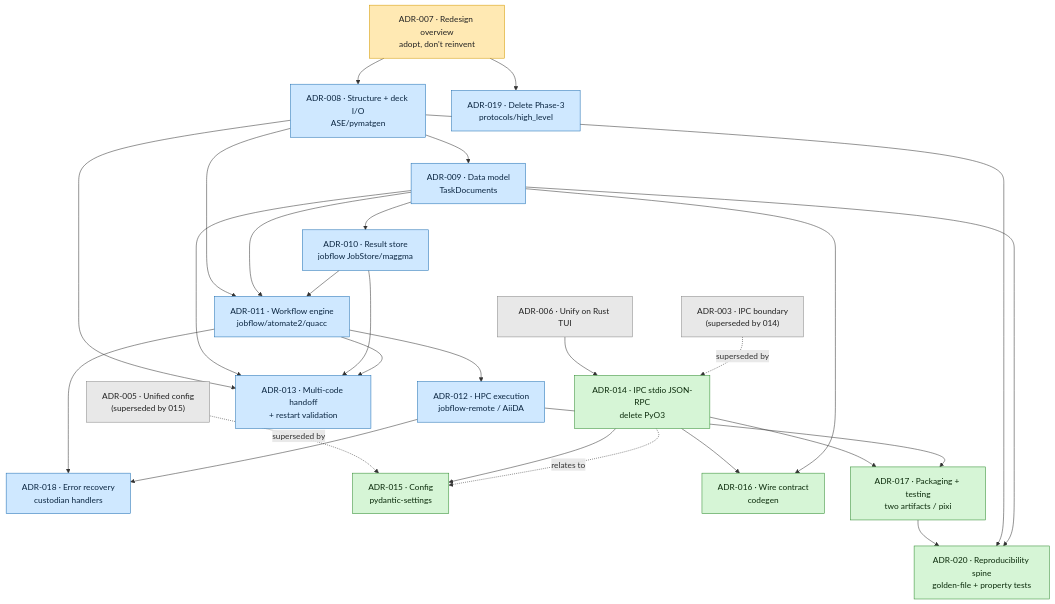
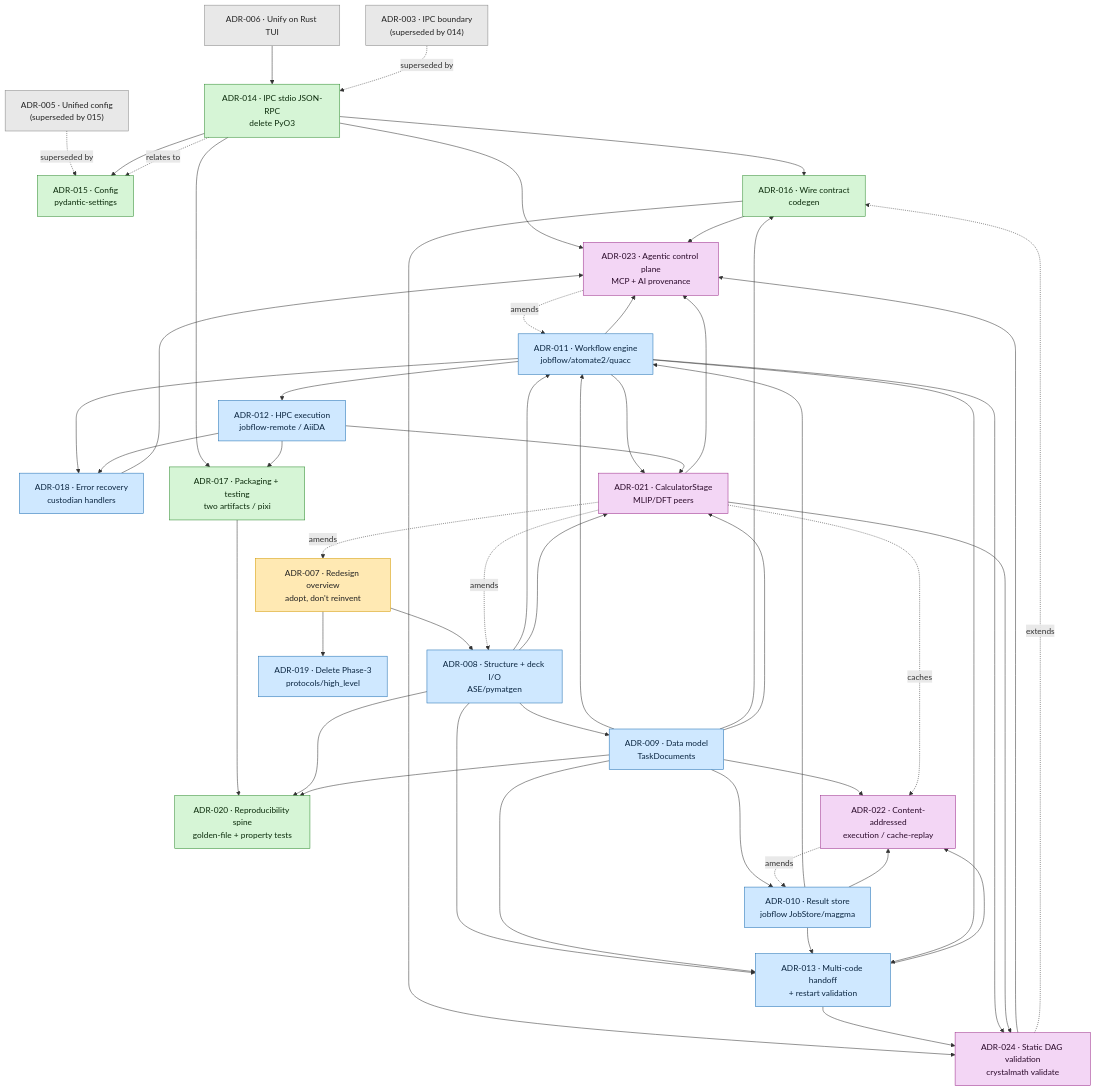
The diagram in docs/architecture/REDESIGN.md (TheFermiSea/CrystalMath), drawn with Mermaid before and after one commit. The commit also changed other lines of this file and 12 other files, not shown here.

````diff
--- a/docs/architecture/REDESIGN.md
+++ b/docs/architecture/REDESIGN.md
@@ -122,6 +140,11 @@
     A016["ADR-016 · Wire contract<br/>codegen"]:::plat
     A017["ADR-017 · Packaging + testing<br/>two artifacts / pixi"]:::plat
     A020["ADR-020 · Reproducibility spine<br/>golden-file + property tests"]:::plat
+
+    A021["ADR-021 · CalculatorStage<br/>MLIP/DFT peers"]:::sota
+    A022["ADR-022 · Content-addressed<br/>execution / cache-replay"]:::sota
+    A023["ADR-023 · Agentic control plane<br/>MCP + AI provenance"]:::sota
+    A024["ADR-024 · Static DAG validation<br/>crystalmath validate"]:::sota
 
     A007 --> A008
     A008 --> A009
@@ -151,8 +174,34 @@
     A009 --> A020
     A014 -. relates to .-> A015
 
+    %% SOTA / autonomous-workflow layer (021–024)
+    A008 --> A021
+    A009 --> A021
+    A011 --> A021
+    A012 --> A021
+    A009 --> A022
+    A010 --> A022
+    A013 --> A022
+    A021 -. caches .-> A022
+    A011 --> A023
+    A014 --> A023
+    A016 --> A023
+    A018 --> A023
+    A021 --> A023
+    A024 --> A023
+    A016 --> A024
+    A013 --> A024
+    A011 --> A024
+    A021 --> A024
+    A021 -. amends .-> A007
+    A021 -. amends .-> A008
+    A022 -. amends .-> A010
+    A023 -. amends .-> A011
+    A024 -. extends .-> A016
+
     classDef existing fill:#e8e8e8,stroke:#888,color:#222;
     classDef overview fill:#ffe9b3,stroke:#d49a00,color:#222;
     classDef sci fill:#cfe8ff,stroke:#1f6fb2,color:#0a2540;
     classDef plat fill:#d6f5d6,stroke:#2e8b2e,color:#0a2a0a;
+    classDef sota fill:#f3d6f5,stroke:#9b2e8b,color:#2a0a2a;
 ```
````
